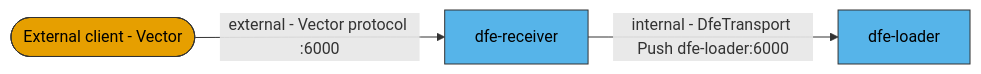
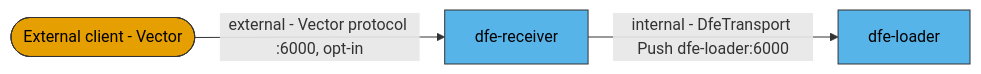
One commit to hyperi-io/dfe-docker changed the third of 4 diagrams in docs/architecture.md. Above: the diagram before and after it, drawn with Mermaid. The commit also changed other lines of this file and 27 other files, not shown here.

````diff
--- a/docs/architecture.md
+++ b/docs/architecture.md
@@ -135,12 +135,12 @@
 ```mermaid
 flowchart LR
     classDef ext fill:#E69F00,stroke:#333333,color:#000000
     classDef dfe fill:#56B4E9,stroke:#333333,color:#000000
 
     client(["External client - Vector"]):::ext
     receiver["dfe-receiver"]:::dfe
     loader["dfe-loader"]:::dfe
 
-    client -->|external - Vector protocol :6000| receiver
+    client -->|external - Vector protocol :6000, opt-in| receiver
     receiver -->|internal - DfeTransport Push dfe-loader:6000| loader
 ```
````
